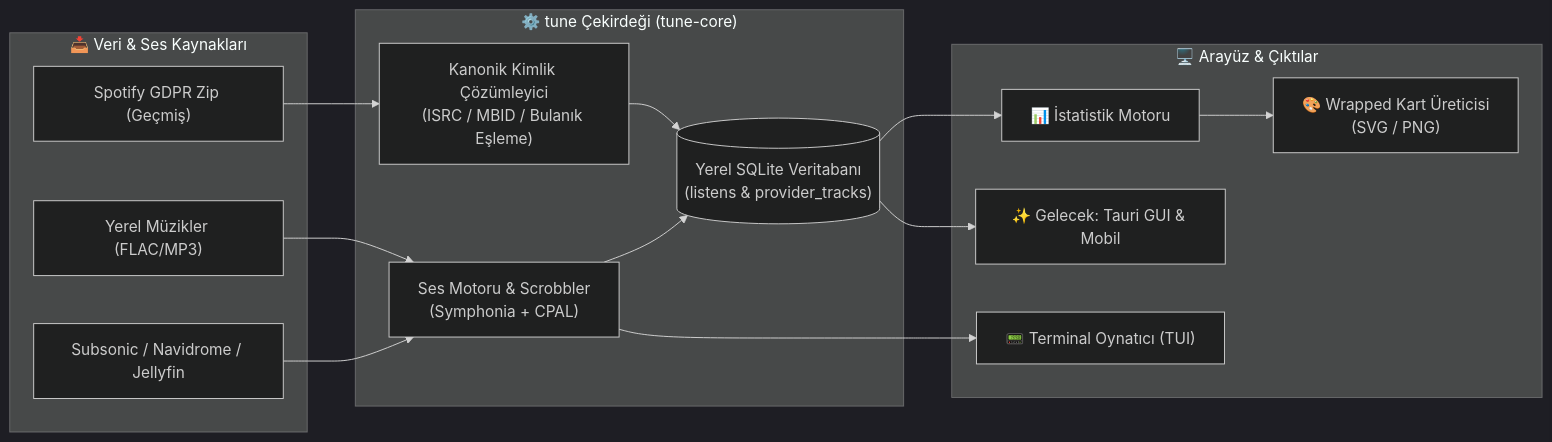
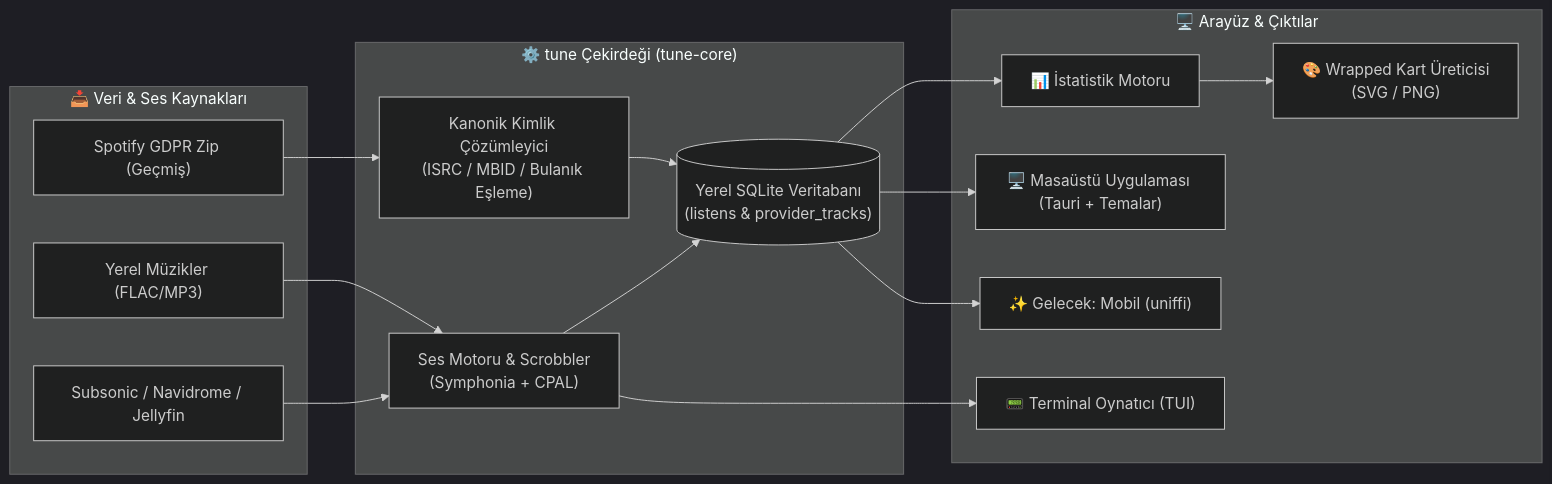
One commit to enaimami/tonearm changed the diagram in README.md. Above: the diagram before and after it, drawn with Mermaid (dark theme). The commit also changed other lines of this file and 23 other files, not shown here.

````diff
--- a/README.md
+++ b/README.md
@@ -63,29 +63,31 @@
 ```mermaid
 flowchart LR
     subgraph Sources["📥 Veri & Ses Kaynakları"]
         A["Spotify GDPR Zip (Geçmiş)"]
         B["Yerel Müzikler (FLAC/MP3)"]
         C["Subsonic / Navidrome / Jellyfin"]
     end
 
     subgraph Core["⚙️ tune Çekirdeği (tune-core)"]
         D["Kanonik Kimlik Çözümleyici<br/>(ISRC / MBID / Bulanık Eşleme)"]
         E[("Yerel SQLite Veritabanı<br/>(listens & provider_tracks)")]
         F["Ses Motoru & Scrobbler<br/>(Symphonia + CPAL)"]
     end
 
     subgraph Surfaces["🖥️ Arayüz & Çıktılar"]
         G["📊 İstatistik Motoru"]
         H["🎨 Wrapped Kart Üreticisi<br/>(SVG / PNG)"]
         I["📟 Terminal Oynatıcı (TUI)"]
-        J["✨ Gelecek: Tauri GUI & Mobil"]
+        J["🖥️ Masaüstü Uygulaması (Tauri + Temalar)"]
+        K["✨ Gelecek: Mobil (uniffi)"]
     end
 
     A --> D --> E
     B --> F
     C --> F
     F --> E
     E --> G --> H
     F --> I
     E --> J
+    E --> K
 ```
````
